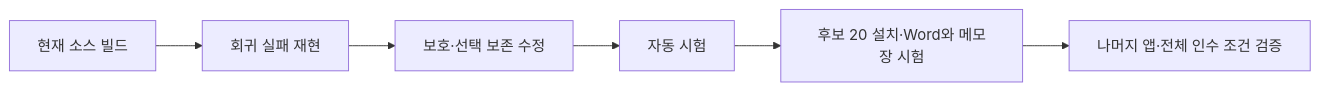
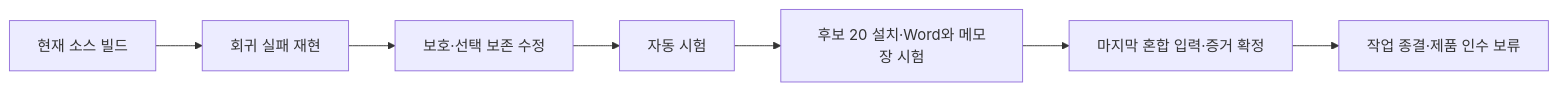
Before and after one commit to peterkimpmp/hanautomata: the first of 2 diagrams in docs/WINDOWS-QUALITY-RESULTS.md, drawn with Mermaid. The commit also changed other lines of this file and 1 other file, not shown here.

````diff
--- a/docs/WINDOWS-QUALITY-RESULTS.md
+++ b/docs/WINDOWS-QUALITY-RESULTS.md
@@ -22,8 +25,9 @@
 ```mermaid
 flowchart LR
   A[현재 소스 빌드] --> B[회귀 실패 재현]
   B --> C[보호·선택 보존 수정]
   C --> D[자동 시험]
   D --> E[후보 20 설치·Word와 메모장 시험]
-  E --> F[나머지 앱·전체 인수 조건 검증]
+  E --> F[마지막 혼합 입력·증거 확정]
+  F --> G[작업 종결·제품 인수 보류]
 ```
````
